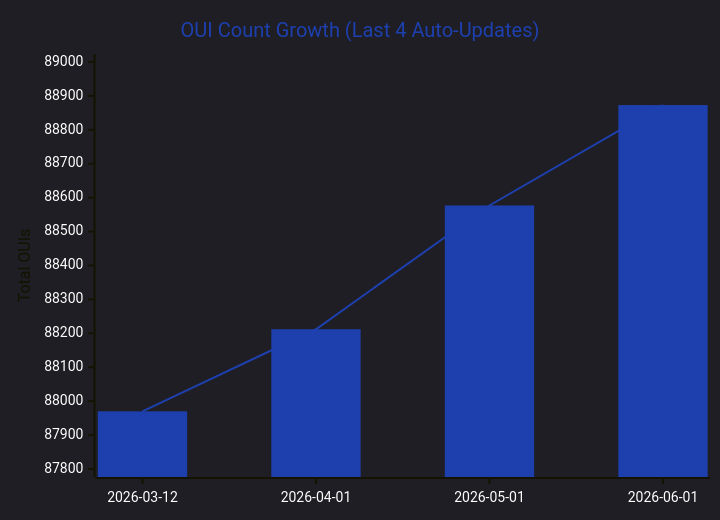
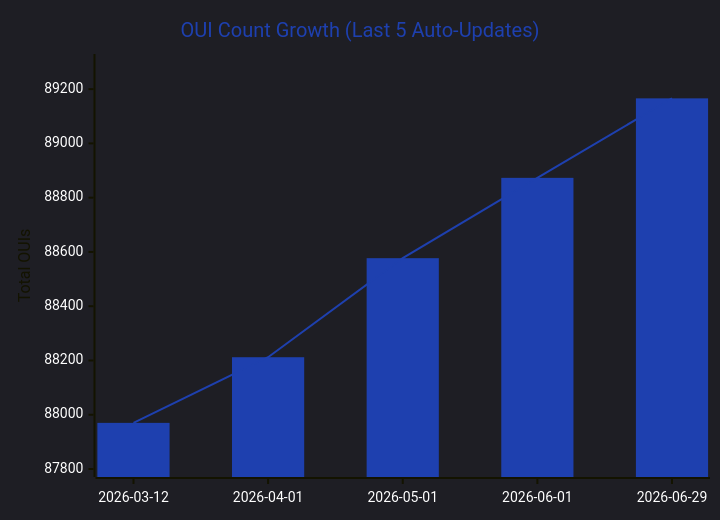
Before and after one commit to user7321347/OUI-Master-Database: the first of 5 diagrams in README.md, drawn with Mermaid. The commit also changed other lines of this file and 14 other files, not shown here.

Commit message:
Auto-update OUI database 2026-06-29 - 89166 OUIs

````diff
--- a/README.md
+++ b/README.md
@@ -71,9 +71,9 @@
 ```mermaid
 %%{init: {'theme':'dark', 'themeVariables': {'xyChart': {'backgroundColor':'#00000000','plotColorPalette':'#1E40AF','titleColor':'#1E40AF','xAxisLabelColor':'#ffffff','yAxisLabelColor':'#ffffff'}}}}%%
 xychart-beta
-    title "OUI Count Growth (Last 4 Auto-Updates)"
-    x-axis ["2026-03-12", "2026-04-01", "2026-05-01", "2026-06-01"]
-    y-axis "Total OUIs" 87800 --> 89000
-    bar [87970, 88212, 88577, 88873]
-    line [87970, 88212, 88577, 88873]
+    title "OUI Count Growth (Last 5 Auto-Updates)"
+    x-axis ["2026-03-12", "2026-04-01", "2026-05-01", "2026-06-01", "2026-06-29"]
+    y-axis "Total OUIs" 87800 --> 89300
+    bar [87970, 88212, 88577, 88873, 89166]
+    line [87970, 88212, 88577, 88873, 89166]
 ```
````
